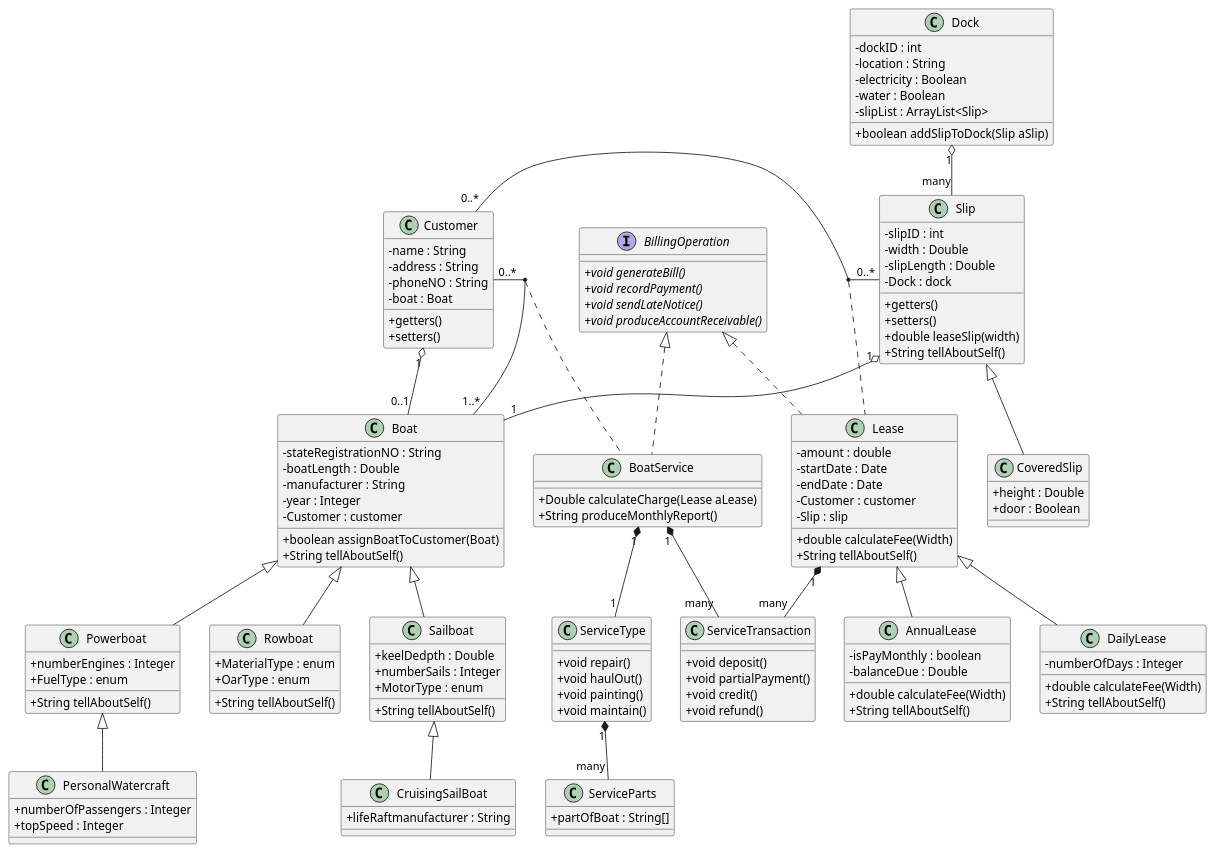
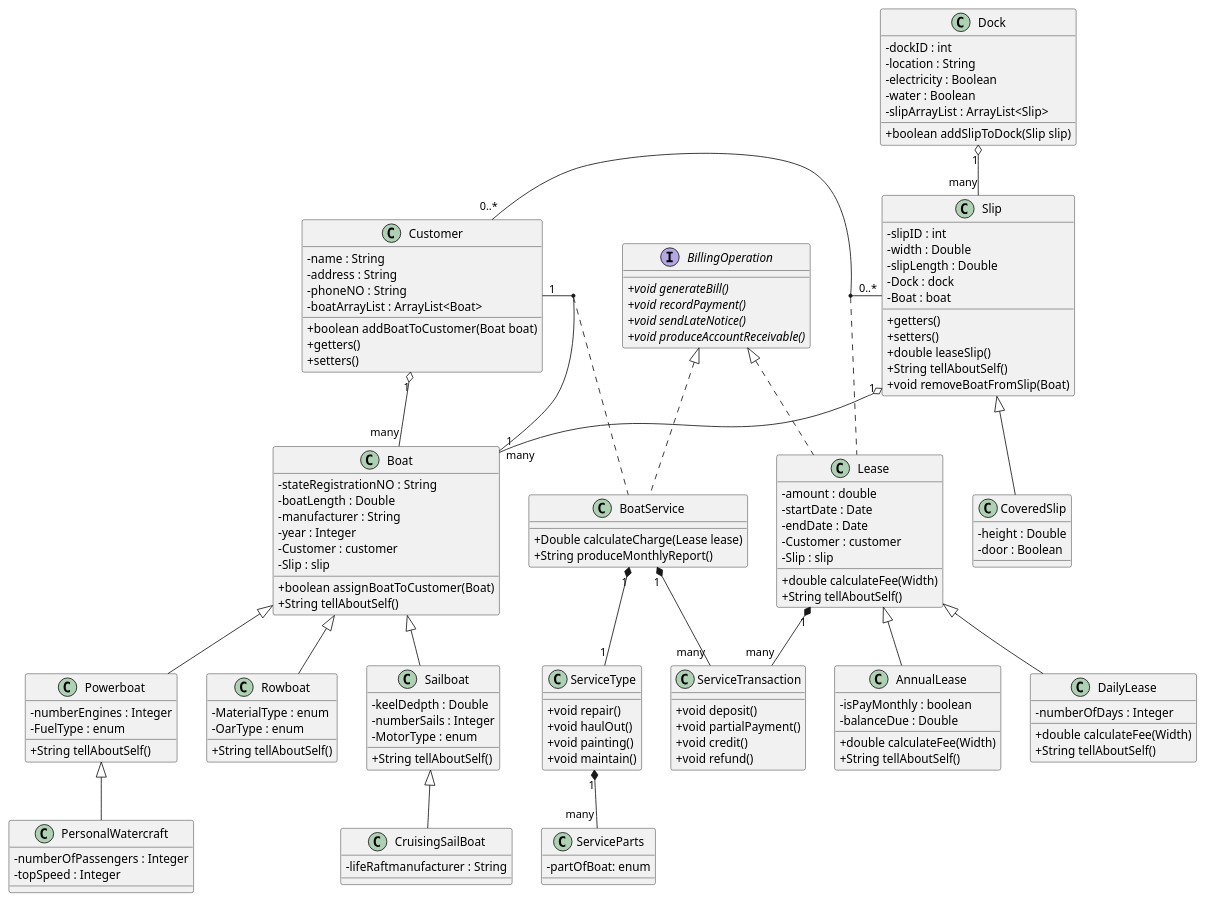
Before and after one commit to Ying-LUO/Java2_Assignment2: the diagram in Plant_UML/ClassDiagram.puml, drawn with PlantUML. The commit also changed 2 other files, not shown here.

```diff
--- a/Plant_UML/ClassDiagram.puml
+++ b/Plant_UML/ClassDiagram.puml
@@ -1,162 +1,166 @@
 @startuml Bradshaw Marina Case Study Class Diagram
 skinparam classAttributeIconSize 0
 abstract class Lease{
     -amount : double
     -startDate : Date
     -endDate : Date
     -Customer : customer
     -Slip : slip
     +double calculateFee(Width)
     +String tellAboutSelf()
 }
 
 class AnnualLease{
     -isPayMonthly : boolean
     -balanceDue : Double
     +double calculateFee(Width)
     +String tellAboutSelf()
 }
 
 class DailyLease{
     -numberOfDays : Integer
     +double calculateFee(Width)
     +String tellAboutSelf()
 }
 
 class Boat{
     -stateRegistrationNO : String
     -boatLength : Double
     -manufacturer : String
     -year : Integer
     -Customer : customer
+    -Slip : slip
     +boolean assignBoatToCustomer(Boat)
     +String tellAboutSelf()
 }
 
 class Sailboat{
-    +keelDedpth : Double
-    +numberSails : Integer
-    +MotorType : enum
+    -keelDedpth : Double
+    -numberSails : Integer
+    -MotorType : enum
     +String tellAboutSelf()
 }
 
 class Powerboat{
-    +numberEngines : Integer
-    +FuelType : enum
+    -numberEngines : Integer
+    -FuelType : enum
     +String tellAboutSelf()
 }
 
 class Rowboat{
-    +MaterialType : enum
-    +OarType : enum
+    -MaterialType : enum
+    -OarType : enum
     +String tellAboutSelf()
 }
 
 class CruisingSailBoat{
-    +lifeRaftmanufacturer : String
+    -lifeRaftmanufacturer : String
 }
 
 class PersonalWatercraft{
-    +numberOfPassengers : Integer
-    +topSpeed : Integer
+    -numberOfPassengers : Integer
+    -topSpeed : Integer
 }
 
 class Customer{
     -name : String
     -address : String
     -phoneNO : String
-    -boat : Boat
+    -boatArrayList : ArrayList<Boat>
+    +boolean addBoatToCustomer(Boat boat)
     +getters()
     +setters()
 }
 
 class Slip{
     -slipID : int
     -width : Double
     -slipLength : Double
     -Dock : dock
+    -Boat : boat
     +getters()
     +setters()
-    +double leaseSlip(width)
+    +double leaseSlip()
     +String tellAboutSelf()
+    +void removeBoatFromSlip(Boat)
 }
 
 class CoveredSlip{
-    +height : Double
-    +door : Boolean
+    -height : Double
+    -door : Boolean
 }
 
 class Dock{
     -dockID : int
     -location : String
     -electricity : Boolean
     -water : Boolean
-    -slipList : ArrayList<Slip>
-    +boolean addSlipToDock(Slip aSlip)
+    -slipArrayList : ArrayList<Slip>
+    +boolean addSlipToDock(Slip slip)
 }
 
 class BoatService{
-    +Double calculateCharge(Lease aLease)
+    +Double calculateCharge(Lease lease)
     +String produceMonthlyReport()
 }
 
 class ServiceType{
     +void repair()
     +void haulOut()
     +void painting()
     +void maintain()
 }
 
 class ServiceParts{
-    +partOfBoat : String[]
+    -partOfBoat: enum
 }
 
 
 class ServiceTransaction{
     +void deposit()
     +void partialPayment()
     +void credit()
     +void refund()
 }
 
 interface BillingOperation{
     +{abstract} void generateBill()
     +{abstract} void recordPayment()
     +{abstract} void sendLateNotice()
     +{abstract} void produceAccountReceivable()
 }
 
 
 Customer "0..*" - "0..*" Slip
 (Customer, Slip) .. Lease
 
 Boat <|-- Sailboat
 Boat <|-- Powerboat
 Boat <|-- Rowboat
 
 Sailboat <|-- CruisingSailBoat
 Powerboat <|-- PersonalWatercraft
 
 Slip <|-- CoveredSlip
 
 Lease <|-- AnnualLease
 Lease <|-- DailyLease
 
-Customer "1" o-- "0..1" Boat
+Customer "1" o-- "many" Boat
 Dock "1" o-- "many" Slip
 Slip "1" o-- "1" Boat
 
-Customer "0..*" - "1..*" Boat
+Customer "1" - "many" Boat
 (Customer, Boat) .. BoatService
 
 class BoatService implements BillingOperation
 class Lease implements BillingOperation
 
 BoatService "1" *-- "many" ServiceTransaction
 Lease "1" *-- "many" ServiceTransaction
 
 BoatService "1" *-- "1" ServiceType
 ServiceType "1" *-- "many" ServiceParts
 
 
 @enduml
```
